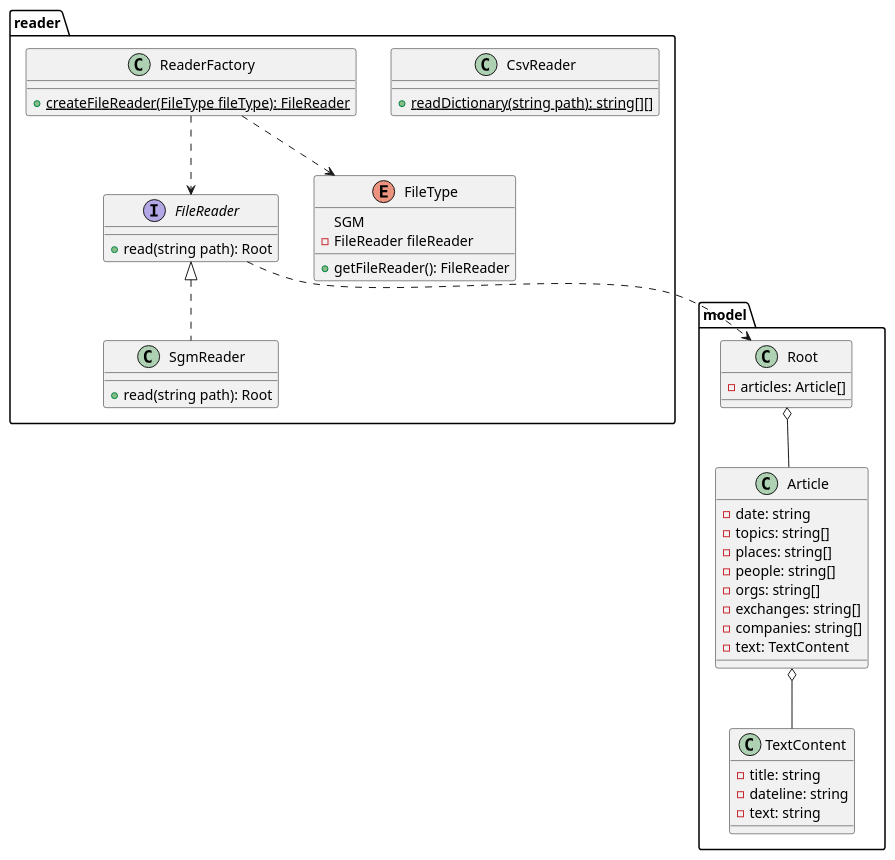
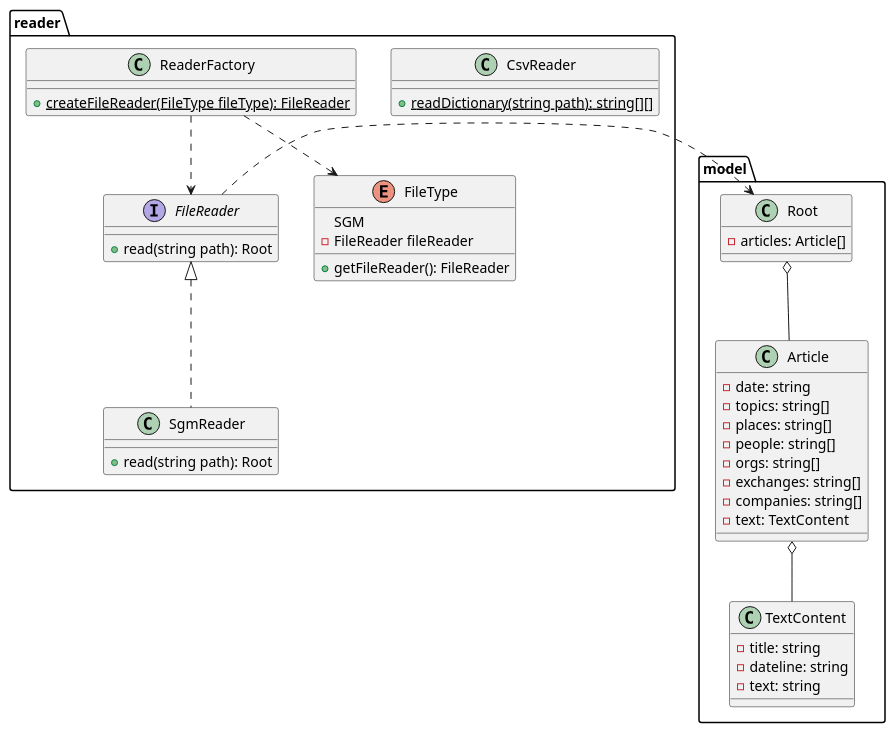
One commit to kambed/Computer-Recognition-Systems changed the third of 10 diagrams in README.md. Above: the diagram before and after it, drawn with PlantUML. The commit also changed other lines of this file, not shown here.

````diff
--- a/README.md
+++ b/README.md
@@ -89,46 +89,46 @@
 ```plantuml
 package reader {
     interface FileReader {
         + read(string path): Root
     }
     class SgmReader implements FileReader {
         + read(string path): Root
     }
     class CsvReader {
         + {static} readDictionary(string path): string[][]
     }
     class ReaderFactory {
         + {static} createFileReader(FileType fileType): FileReader
     }
     ReaderFactory ..> FileReader
     ReaderFactory ..> FileType
     enum FileType {
         SGM
         - FileReader fileReader
         + getFileReader(): FileReader
     }
 }
 package model {
     class Root {
         - articles: Article[]
     }
     class Article {
         - date: string
         - topics: string[]
         - places: string[]
         - people: string[]
         - orgs: string[]
         - exchanges: string[]
         - companies: string[]
         - text: TextContent
     }
     class TextContent {
         - title: string
         - dateline: string
         - text: string
     }
     Root o-- Article
     Article o-- TextContent
 }
-FileReader ..> Root
+FileReader .> Root
 ```
````
